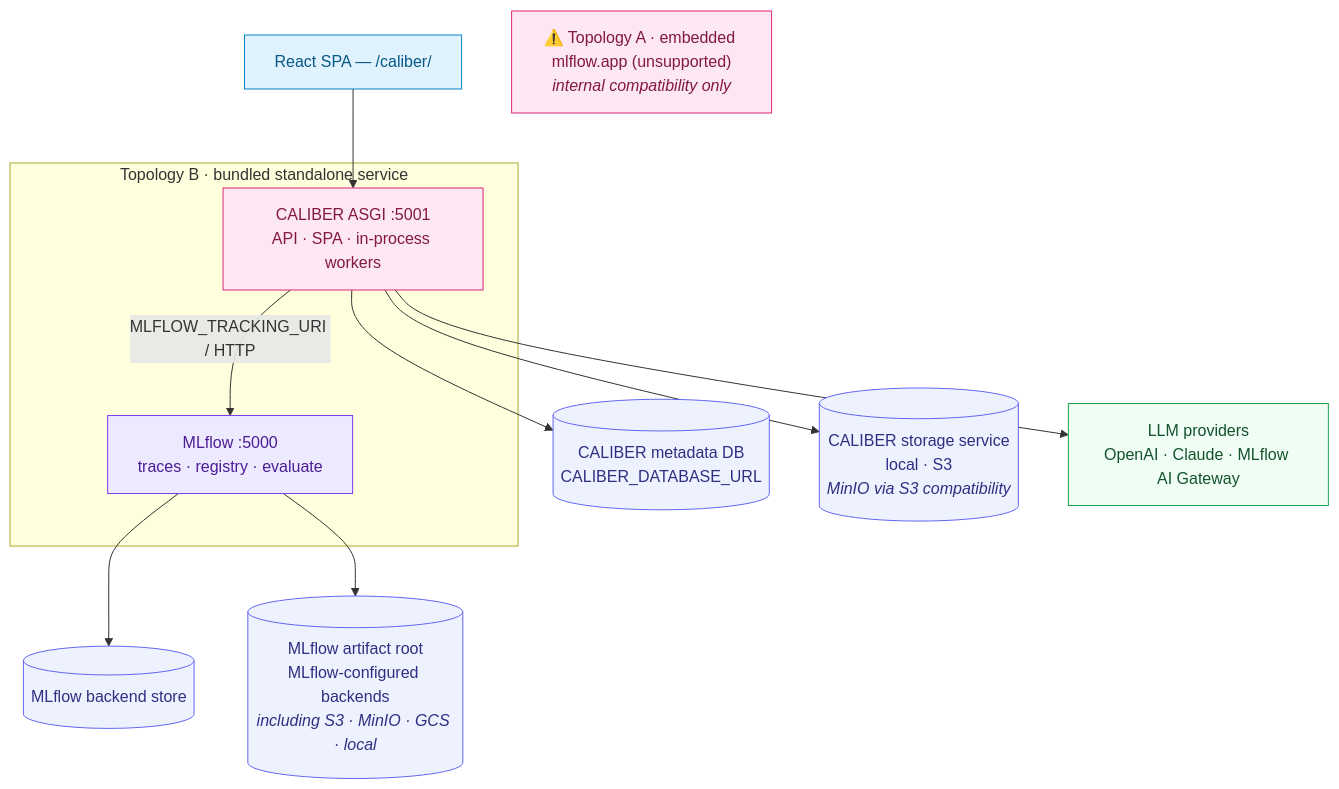
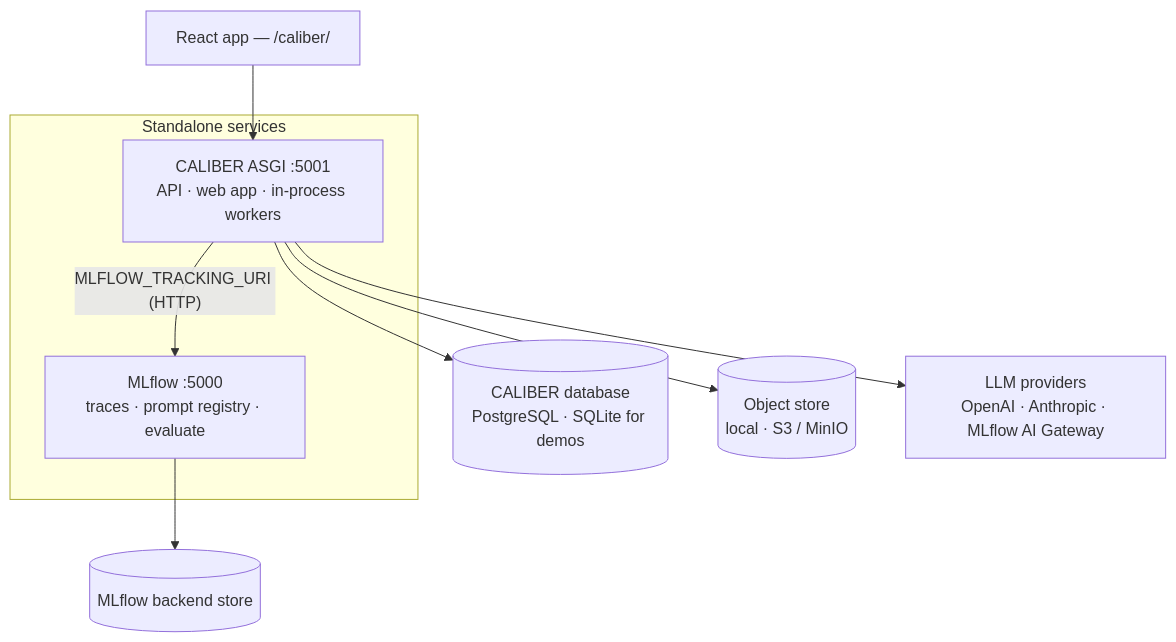
Before and after one commit to rrahimi-uci/caliber-suite: the diagram in README.md, drawn with Mermaid. The commit also changed other lines of this file, not shown here.

````diff
--- a/README.md
+++ b/README.md
@@ -135,30 +214,18 @@
 ```mermaid
 flowchart TB
-    spa["React SPA — /caliber/"]:::ui
-
-    subgraph standalone["Topology B · bundled standalone service"]
-        capi["CALIBER ASGI :5001<br/>API · SPA · in-process workers"]:::plug
-        mflow["MLflow :5000<br/>traces · registry · evaluate"]:::core
-        capi -->|"MLFLOW_TRACKING_URI / HTTP"| mflow
+    spa["React app — /caliber/"]
+    subgraph svc["Standalone services"]
+        capi["CALIBER ASGI :5001<br/>API · web app · in-process workers"]
+        mflow["MLflow :5000<br/>traces · prompt registry · evaluate"]
+        capi -->|"MLFLOW_TRACKING_URI (HTTP)"| mflow
     end
-
-    embedded["⚠️ Topology A · embedded mlflow.app (unsupported)<br/><i>internal compatibility only</i>"]:::plug
-    cdb[("CALIBER metadata DB<br/>CALIBER_DATABASE_URL")]:::store
-    mdb[("MLflow backend store")]:::store
-    cart[("CALIBER storage service<br/>local · S3<br/><i>MinIO via S3 compatibility</i>")]:::store
-    mart[("MLflow artifact root<br/>MLflow-configured backends<br/><i>including S3 · MinIO · GCS · local</i>")]:::store
-    llm["LLM providers<br/>OpenAI · Claude · MLflow AI Gateway"]:::ext
-
+    cdb[("CALIBER database<br/>PostgreSQL · SQLite for demos")]
+    mdb[("MLflow backend store")]
+    obj[("Object store<br/>local · S3 / MinIO")]
+    llm["LLM providers<br/>OpenAI · Anthropic · MLflow AI Gateway"]
     spa --> capi
     capi --> cdb
     mflow --> mdb
-    capi --> cart
-    mflow --> mart
+    capi --> obj
     capi --> llm
-
-    classDef ui fill:#e0f2fe,stroke:#0284c7,color:#075985;
-    classDef core fill:#ede9fe,stroke:#7c3aed,color:#4c1d95;
-    classDef plug fill:#fce7f3,stroke:#db2777,color:#831843;
-    classDef store fill:#eef2ff,stroke:#6366f1,color:#312e81;
-    classDef ext fill:#f0fdf4,stroke:#16a34a,color:#14532d;
 ```
````
